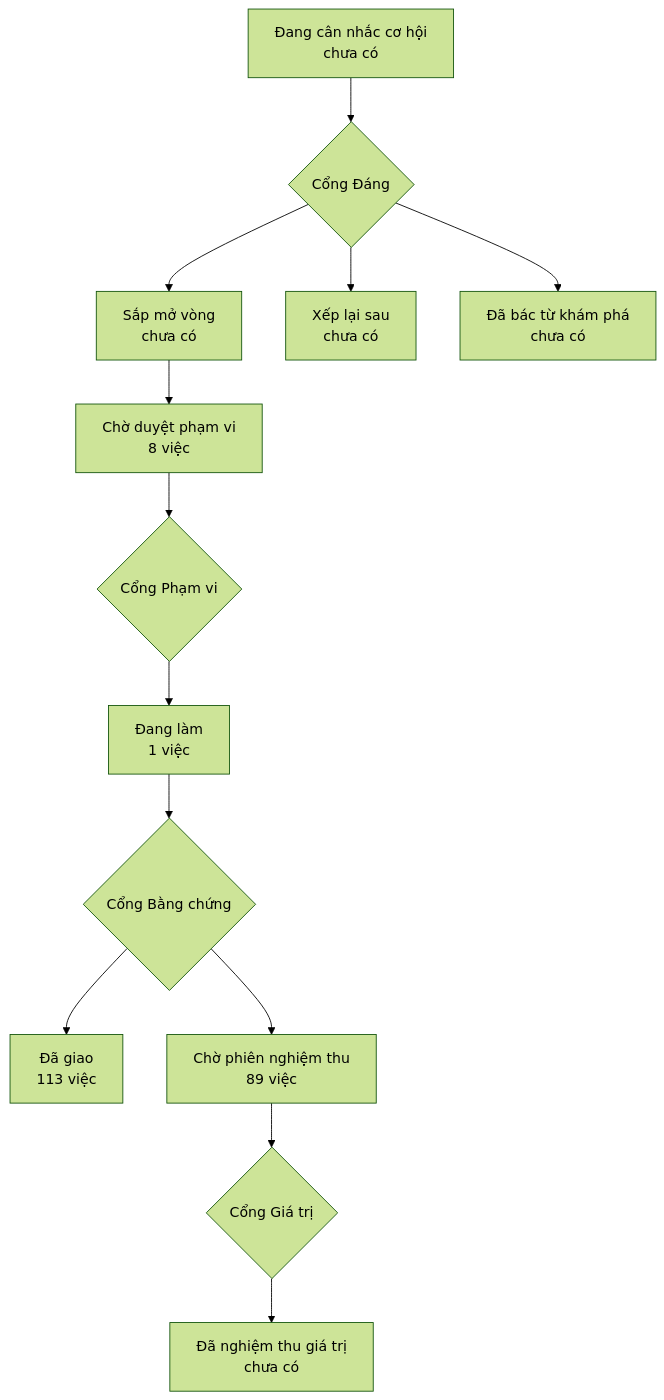
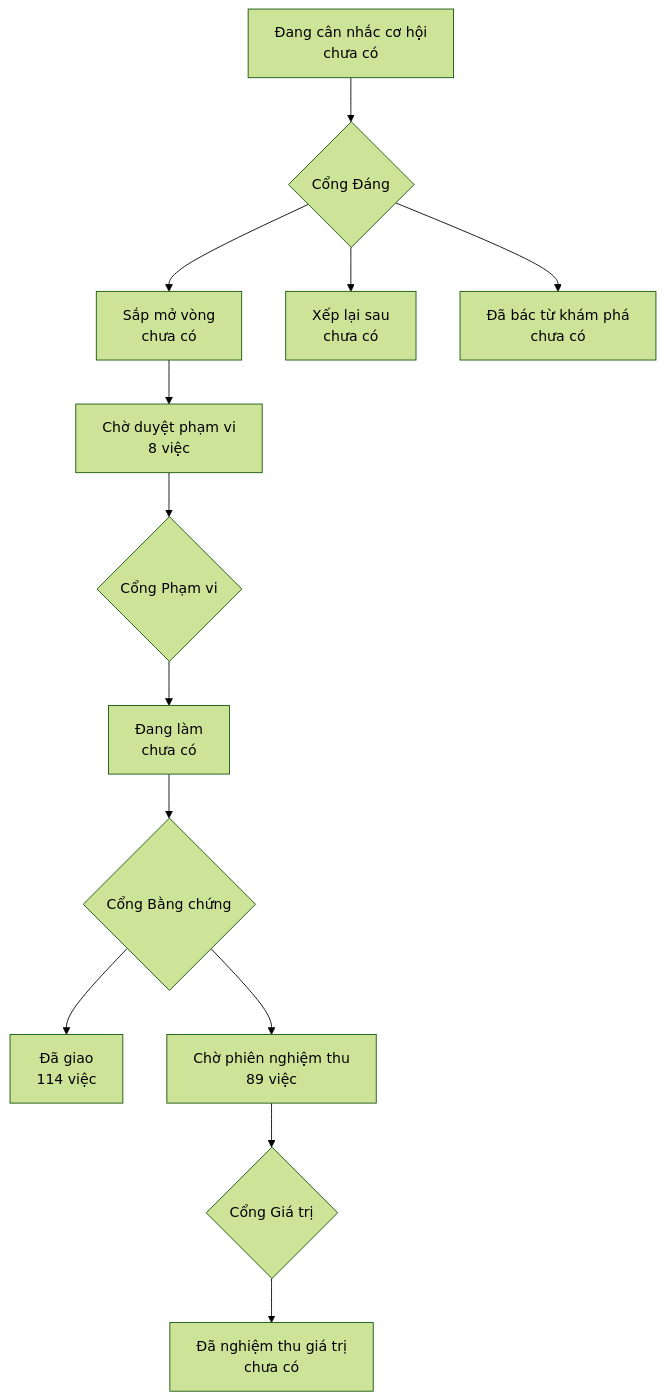
Before and after one commit to phanlemanh/onehub-invest: the diagram in PRODUCT-MAP.md, drawn with Mermaid (forest theme). The commit also changed other lines of this file and 4 other files, not shown here.

````diff
--- a/PRODUCT-MAP.md
+++ b/PRODUCT-MAP.md
@@ -7,12 +7,12 @@
 ```mermaid
 flowchart TD
   A["Đang cân nhắc cơ hội<br/>chưa có"] --> GD{"Cổng Đáng"}
   GD --> B["Sắp mở vòng<br/>chưa có"]
   GD --> XL["Xếp lại sau<br/>chưa có"]
   GD --> DB["Đã bác từ khám phá<br/>chưa có"]
   B --> CD["Chờ duyệt phạm vi<br/>8 việc"] --> GP{"Cổng Phạm vi"}
-  GP --> DL["Đang làm<br/>1 việc"] --> GB{"Cổng Bằng chứng"}
-  GB --> DG["Đã giao<br/>113 việc"]
+  GP --> DL["Đang làm<br/>chưa có"] --> GB{"Cổng Bằng chứng"}
+  GB --> DG["Đã giao<br/>114 việc"]
   GB --> CN["Chờ phiên nghiệm thu<br/>89 việc"] --> GG{"Cổng Giá trị"}
   GG --> NT["Đã nghiệm thu giá trị<br/>chưa có"]
 ```
````
